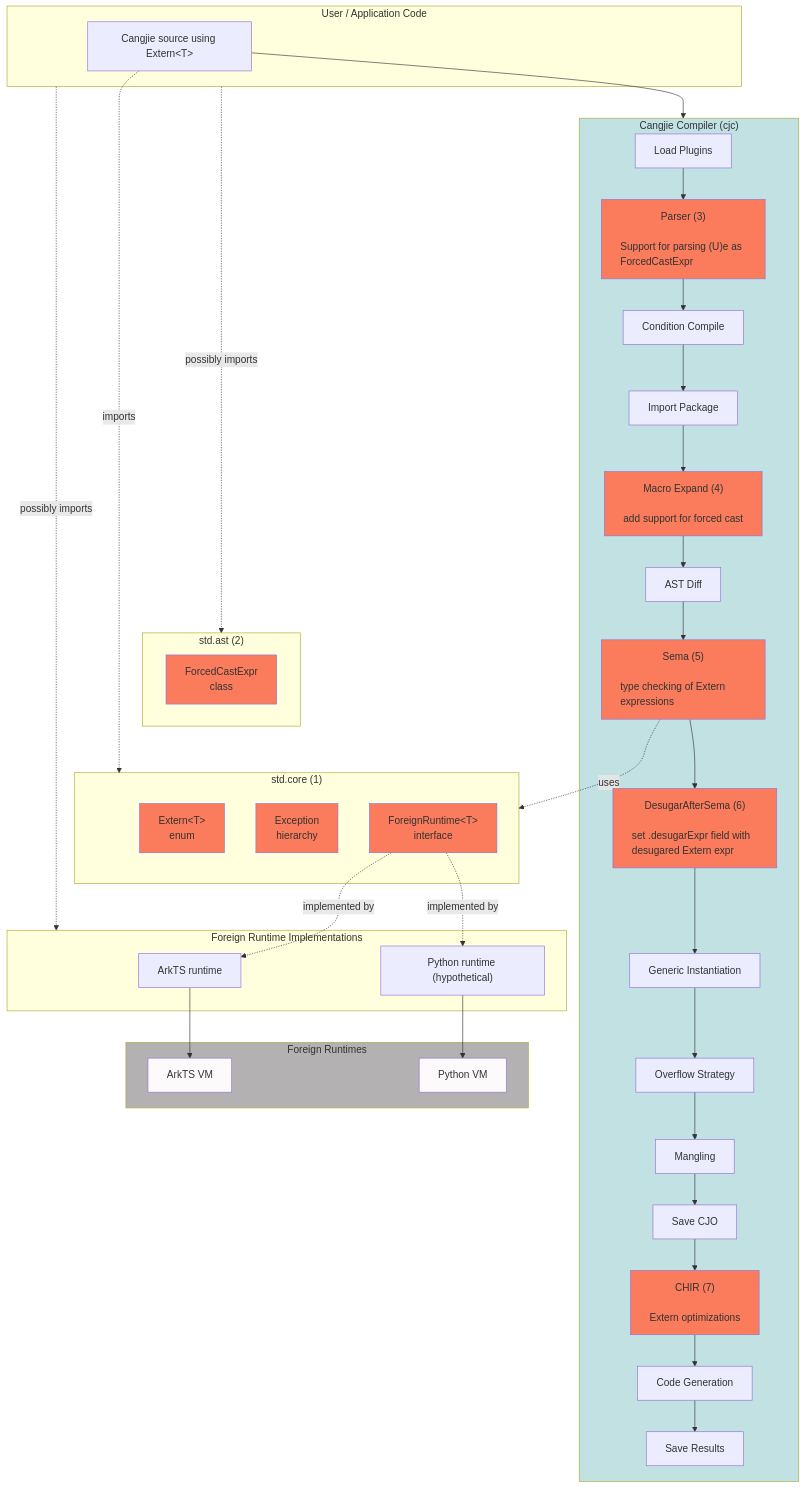
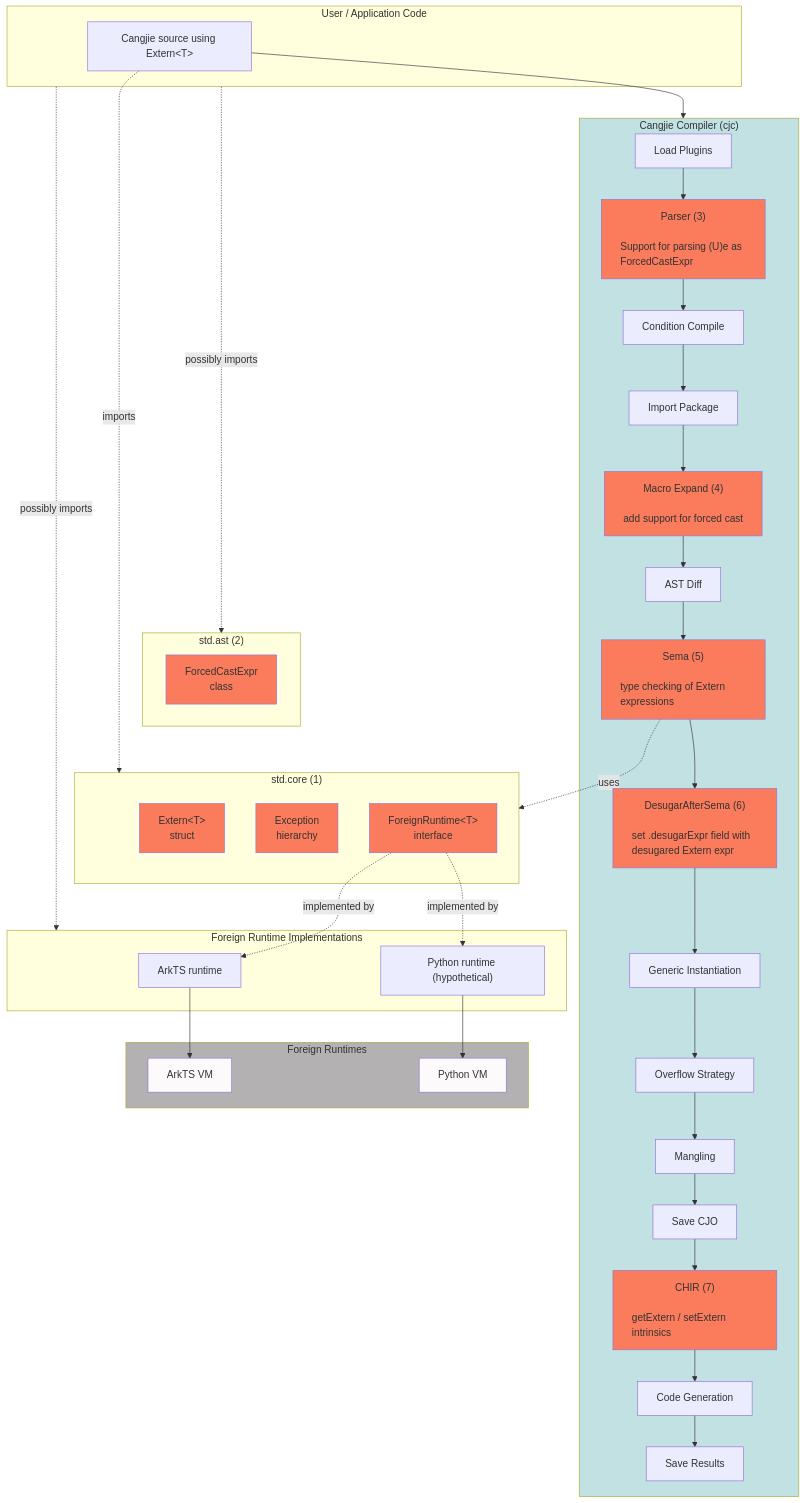
One commit to CJPLUK/cangjie_extern changed the diagram in docs/extern_architecture_simple_model.md. Above: the diagram before and after it, drawn with Mermaid. The commit also changed other lines of this file, not shown here.

Commit message:
adjust architecture to simple extern model

````diff
--- a/docs/extern_architecture_simple_model.md
+++ b/docs/extern_architecture_simple_model.md
@@ -73,72 +73,72 @@
 ```mermaid
 flowchart TB
     subgraph UserCode["User / Application Code"]
         UC["Cangjie source using Extern&lt;T&gt;"]
     end
 
     subgraph Compiler["Cangjie Compiler (cjc)"]
         LoadPlugin["Load Plugins"]
         Parser["Parser (3)<br/><br/><p style='text-align:left'>Support for parsing (U)e as ForcedCastExpr</p>"]
         ConditionCompile["Condition Compile"]
         ImportPackage["Import Package"]
         MacroExpand["Macro Expand (4)<br/><br/><p style='text-align:left'>add support for forced cast</p>"]
         ASTDiff["AST Diff"]
         Sema["Sema (5)<br/><br/><p style='text-align:left'>type checking of Extern expressions</p>"]
         DesugarAfterSema["DesugarAfterSema (6)<br/><br/><p style='text-align:left'>set .desugarExpr field with desugared Extern expr</p>"]
         GenericInstantiation["Generic Instantiation"]
         OverflowStrategy["Overflow Strategy"]
         Mangling["Mangling"]
         SaveCJO["Save CJO"]
-        CHIR["CHIR (7)<br/><br/><p style='text-align:left'>Extern optimizations</p>"]
+        CHIR["CHIR (7)<br/><br/><p style='text-align:left'>getExtern / setExtern intrinsics</p>"]
         CodeGen["Code Generation"]
         SaveResults["Save Results"]
         style Parser fill:#fa7c5c
         style MacroExpand fill:#fa7c5c
         style DesugarAfterSema fill:#fa7c5c
         style CHIR fill:#fa7c5c
         style Sema fill:#fa7c5c
     end
 
     subgraph StdAST["std.ast (2)"]
         ForcedCastExpr["ForcedCastExpr<br/>class"]
         style ForcedCastExpr fill:#fa7c5c
     end
 
     subgraph StdCore["std.core (1)"]
-        ExternType["Extern&lt;T&gt;<br/>enum"]
+        ExternType["Extern&lt;T&gt;<br/>struct"]
         Exc["Exception<br/>hierarchy"]
         FRT["ForeignRuntime&lt;T&gt;<br/>interface"]
         style ExternType fill:#fa7c5c
         style Exc fill:#fa7c5c
         style FRT fill:#fa7c5c
     end
 
     subgraph RuntimeImpl["Foreign&nbsp;Runtime&nbsp;Implementations"]
         ArkTS["ArkTS runtime"]
         Python["Python runtime (hypothetical)"]
     end
 
     subgraph ForeignVM["Foreign Runtimes"]
         ArkVM["ArkTS VM"]
         PyVM["Python VM"]
         style ArkVM fill: #fcfafa
         style PyVM fill: #fcfafa
     end
 
     UserCode -.-> |"possibly imports"| StdAST
     StdAST ~~~ StdCore
     UC --> Compiler
     LoadPlugin --> Parser --> ConditionCompile --> ImportPackage --> MacroExpand
     MacroExpand --> ASTDiff --> Sema --> DesugarAfterSema --> GenericInstantiation
     GenericInstantiation --> OverflowStrategy --> Mangling --> SaveCJO
     SaveCJO --> CHIR --> CodeGen --> SaveResults
     Sema -.->|"uses"| StdCore
     UC -.-> |"imports"| StdCore
     ArkTS --> ArkVM
     Python --> PyVM
     FRT -.->|"implemented by"| ArkTS
     FRT -.->|"implemented by"| Python
     UserCode -.-> |"possibly imports"| RuntimeImpl
     style ForeignVM fill:#b3b1b1
     style Compiler fill:#c1e1e3
 ```
````
